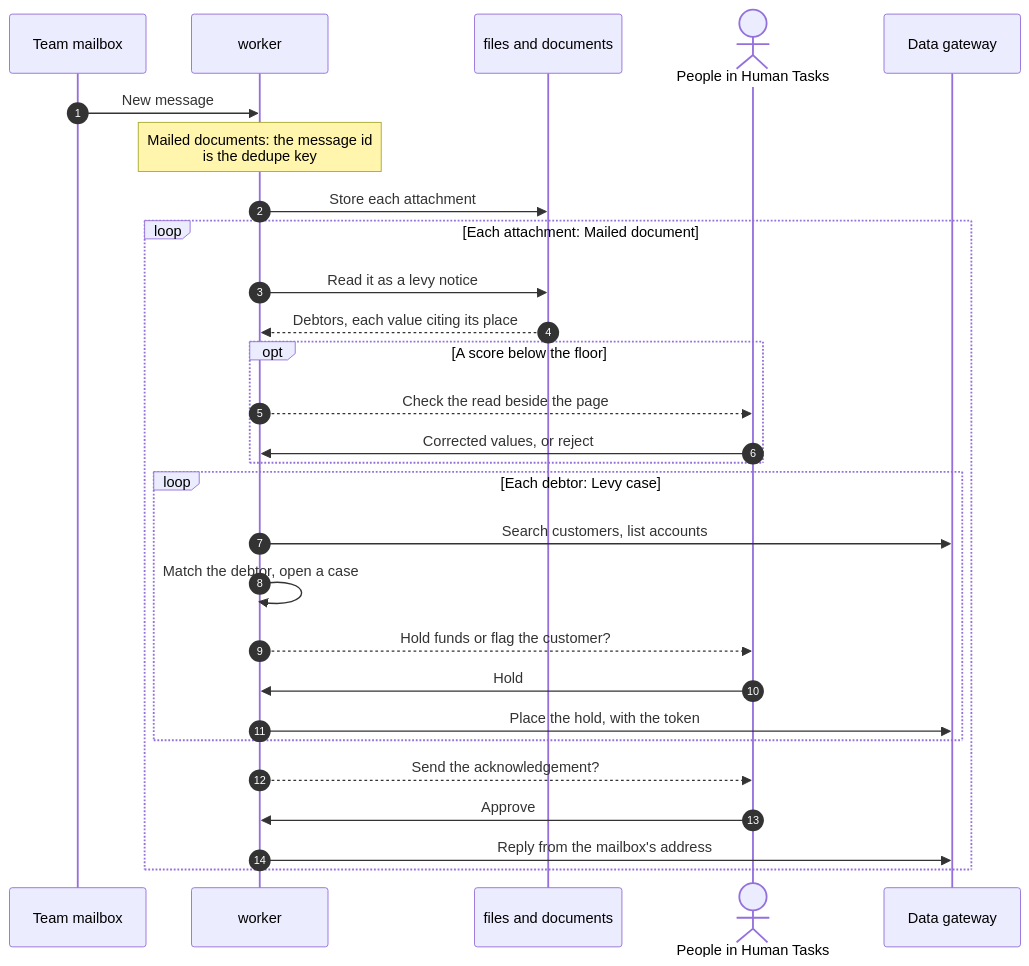
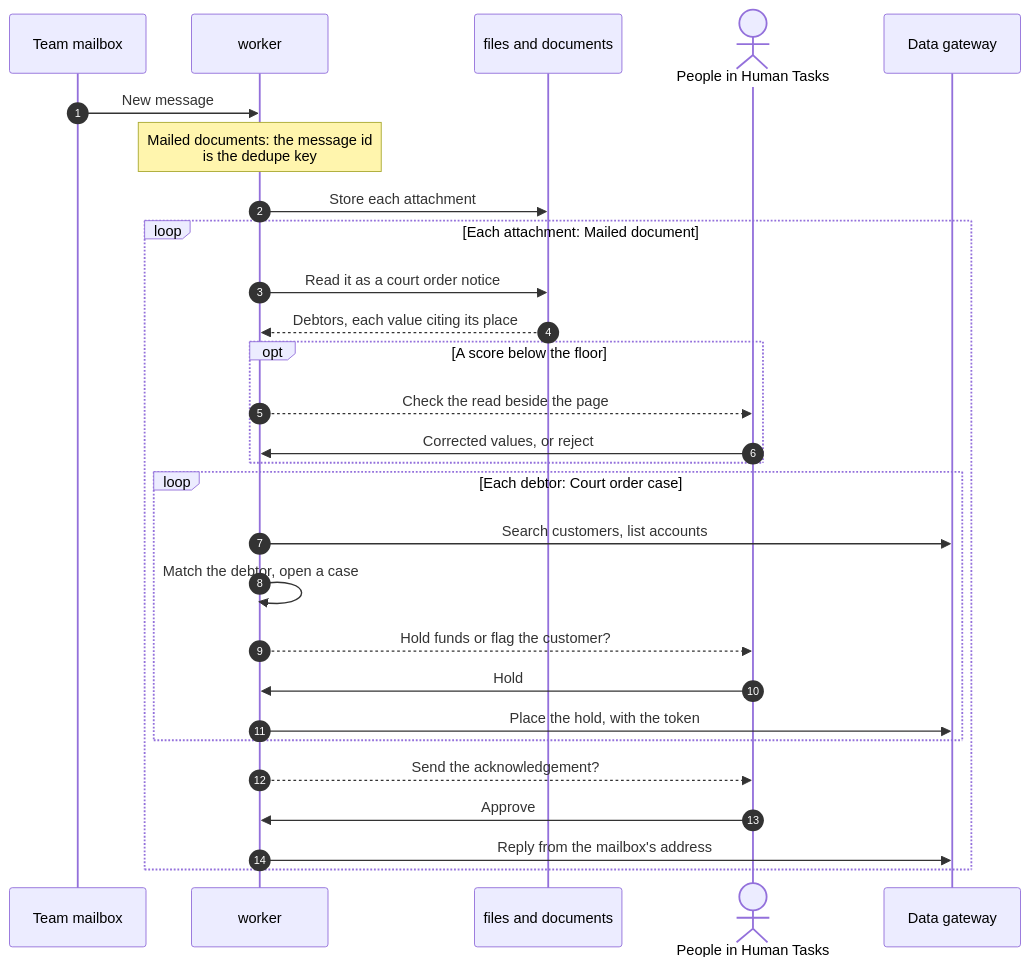
The third of 3 diagrams in docs/guide/how-work-flows.md (chanl-ai/ops-ai), drawn with Mermaid before and after one commit. The commit also changed other lines of this file and 381 other files, not shown here.

````diff
--- a/docs/guide/how-work-flows.md
+++ b/docs/guide/how-work-flows.md
@@ -98,30 +98,30 @@
 ```mermaid
 sequenceDiagram
   autonumber
   participant MB as Team mailbox
   participant W as worker
   participant DO as files and documents
   actor PE as People in Human Tasks
   participant TO as Data gateway
   MB->>W: New message
   Note over W: Mailed documents: the message id<br/>is the dedupe key
   W->>DO: Store each attachment
   loop Each attachment: Mailed document
-    W->>DO: Read it as a levy notice
+    W->>DO: Read it as a court order notice
     DO-->>W: Debtors, each value citing its place
     opt A score below the floor
       W-->>PE: Check the read beside the page
       PE->>W: Corrected values, or reject
     end
-    loop Each debtor: Levy case
+    loop Each debtor: Court order case
       W->>TO: Search customers, list accounts
       W->>W: Match the debtor, open a case
       W-->>PE: Hold funds or flag the customer?
       PE->>W: Hold
       W->>TO: Place the hold, with the token
     end
     W-->>PE: Send the acknowledgement?
     PE->>W: Approve
     W->>TO: Reply from the mailbox's address
   end
 ```
````
